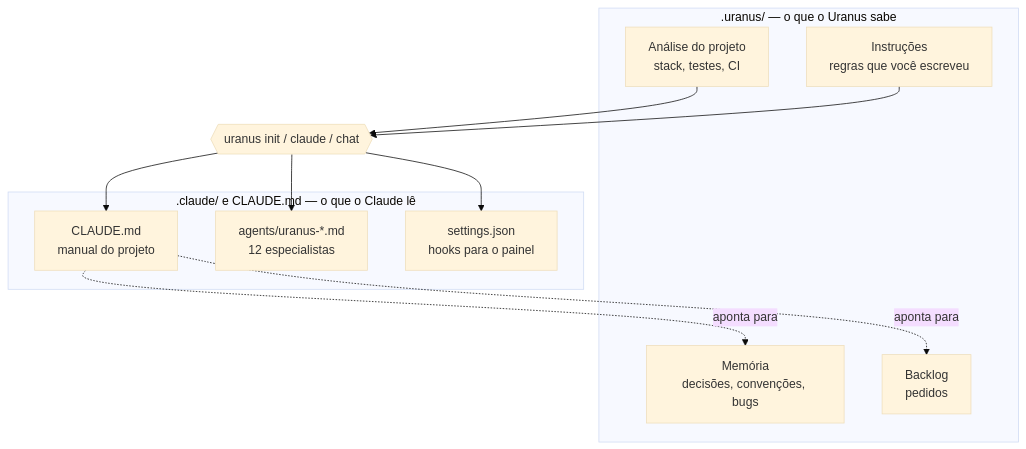
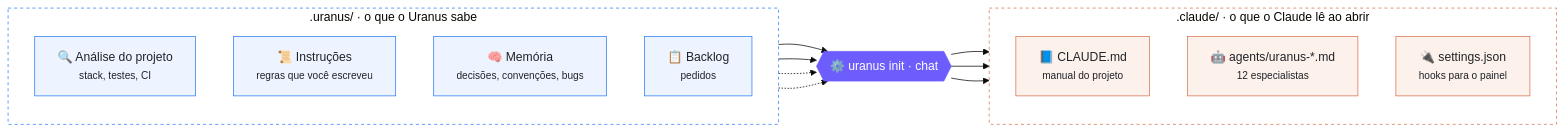
One commit to ruyteer/uranus changed the first of 2 diagrams in docs/guia/03-como-treina-o-claude.md. Above: the diagram before and after it, drawn with Mermaid (base theme). The commit also changed other lines of this file and 4 other files, not shown here.

First line of the commit message:
docs: mapa da armadura em SVG próprio e diagramas do guia redesenhados

````diff
--- a/docs/guia/03-como-treina-o-claude.md
+++ b/docs/guia/03-como-treina-o-claude.md
@@ -12,22 +12,33 @@
 ```mermaid
-flowchart TB
-    subgraph Fontes[".uranus/ — o que o Uranus sabe"]
-        D[Análise do projeto<br/>stack, testes, CI]
-        M[Memória<br/>decisões, convenções, bugs]
-        B[Backlog<br/>pedidos]
-        I[Instruções<br/>regras que você escreveu]
+flowchart LR
+    subgraph Fontes[".uranus/ · o que o Uranus sabe"]
+        direction TB
+        D["🔍 Análise do projeto<br/><small>stack, testes, CI</small>"]
+        I["📜 Instruções<br/><small>regras que você escreveu</small>"]
+        M["🧠 Memória<br/><small>decisões, convenções, bugs</small>"]
+        B["📋 Backlog<br/><small>pedidos</small>"]
     end
-    G{{"uranus init / claude / chat"}}
-    subgraph Claude[".claude/ e CLAUDE.md — o que o Claude lê"]
-        C[CLAUDE.md<br/>manual do projeto]
-        A[agents/uranus-*.md<br/>12 especialistas]
-        H[settings.json<br/>hooks para o painel]
+    G{{"⚙️ uranus init · chat"}}
+    subgraph Claude[".claude/ · o que o Claude lê ao abrir"]
+        direction TB
+        C["📘 CLAUDE.md<br/><small>manual do projeto</small>"]
+        A["🤖 agents/uranus-*.md<br/><small>12 especialistas</small>"]
+        H["🔌 settings.json<br/><small>hooks para o painel</small>"]
     end
     D --> G
     I --> G
+    M -.-> G
+    B -.-> G
     G --> C
     G --> A
     G --> H
-    C -. aponta para .-> M
-    C -. aponta para .-> B
+
+    classDef fonte fill:#eef4ff,stroke:#2f81f7,color:#1f2328
+    classDef gen fill:#6d5dfc,stroke:#6d5dfc,color:#ffffff
+    classDef alvo fill:#fdf1ec,stroke:#d97757,color:#1f2328
+    class D,I,M,B fonte
+    class G gen
+    class C,A,H alvo
+    style Fontes fill:transparent,stroke:#2f81f7,stroke-dasharray:4 4
+    style Claude fill:transparent,stroke:#d97757,stroke-dasharray:4 4
 ```
````
